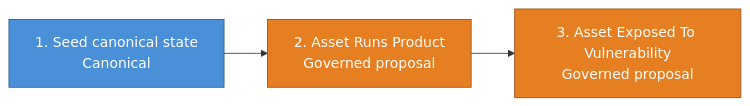
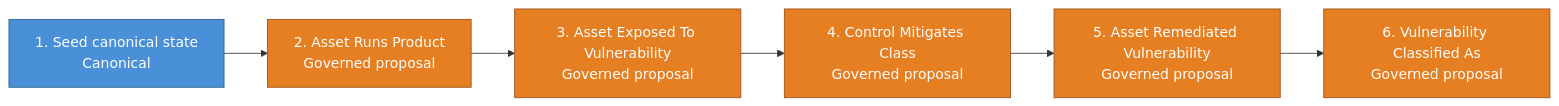
Before and after one commit to cruxible-ai/cruxible: the second of 3 diagrams in kits/kev-triage/README.md, drawn with Mermaid. The commit also changed other lines of this file and 7 other files, not shown here.

````diff
--- a/kits/kev-triage/README.md
+++ b/kits/kev-triage/README.md
@@ -96,13 +96,19 @@
 ```mermaid
 flowchart LR
   classDef canonicalWorkflow fill:#4a90d9,stroke:#2c5f8a,color:#fff
   classDef governedWorkflow fill:#e67e22,stroke:#a0521c,color:#fff
 
   workflow_pipeline_build_fork_state["1. Seed canonical state<br/>Canonical"]
   workflow_pipeline_propose_asset_products["2. Asset Runs Product<br/>Governed proposal"]
   workflow_pipeline_propose_asset_exposure["3. Asset Exposed To Vulnerability<br/>Governed proposal"]
+  workflow_pipeline_propose_control_mitigates_class["4. Control Mitigates Class<br/>Governed proposal"]
+  workflow_pipeline_propose_exposure_reconciliation["5. Asset Remediated Vulnerability<br/>Governed proposal"]
+  workflow_pipeline_propose_vulnerability_classification["6. Vulnerability Classified As<br/>Governed proposal"]
   workflow_pipeline_build_fork_state --> workflow_pipeline_propose_asset_products
   workflow_pipeline_propose_asset_products --> workflow_pipeline_propose_asset_exposure
+  workflow_pipeline_propose_asset_exposure --> workflow_pipeline_propose_control_mitigates_class
+  workflow_pipeline_propose_control_mitigates_class --> workflow_pipeline_propose_exposure_reconciliation
+  workflow_pipeline_propose_exposure_reconciliation --> workflow_pipeline_propose_vulnerability_classification
   class workflow_pipeline_build_fork_state canonicalWorkflow
-  class workflow_pipeline_propose_asset_products,workflow_pipeline_propose_asset_exposure governedWorkflow
+  class workflow_pipeline_propose_asset_products,workflow_pipeline_propose_asset_exposure,workflow_pipeline_propose_control_mitigates_class,workflow_pipeline_propose_exposure_reconciliation,workflow_pipeline_propose_vulnerability_classification governedWorkflow
 ```
````
